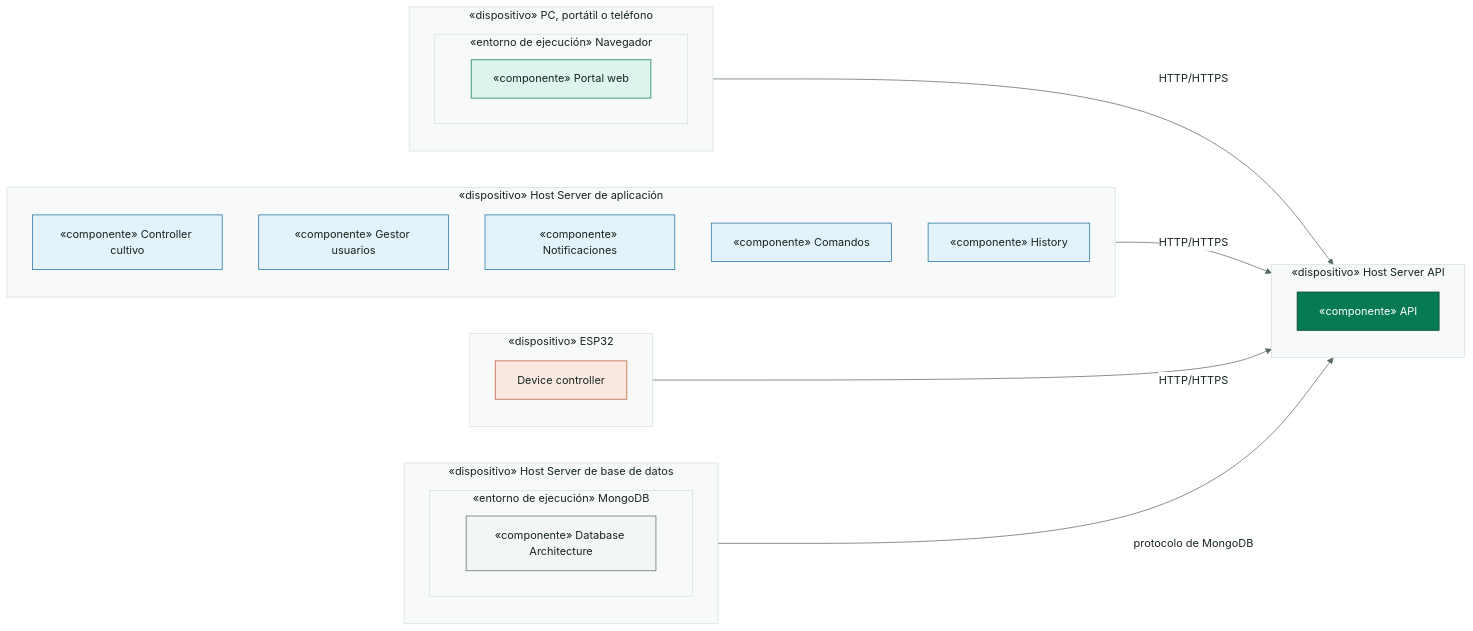
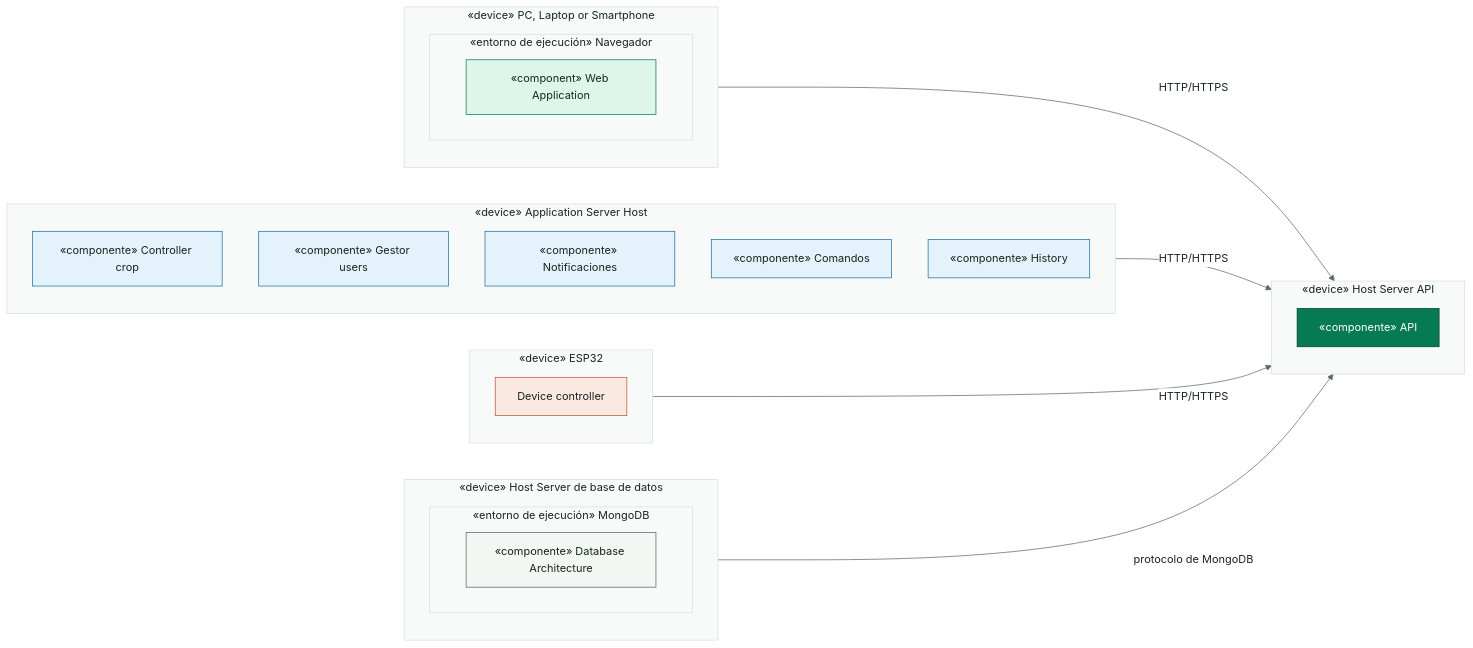
One commit to SmartPotTech/.github changed the diagram in docs/diagrams/SmartPot_42_Original_Artifacts.mmd. Above: the diagram before and after it, drawn with Mermaid. The commit also changed 78 other files, not shown here.

Commit message:
docs(architecture): update and standardize architecture diagrams via archify [skip deploy] #no-deploy

```diff
--- a/docs/diagrams/SmartPot_42_Original_Artifacts.mmd
+++ b/docs/diagrams/SmartPot_42_Original_Artifacts.mmd
@@ -1,42 +1,42 @@
 %%{init: {"theme": "base", "fontFamily": "Segoe UI, Arial, sans-serif", "themeVariables": {"fontFamily": "Segoe UI, Arial, sans-serif", "fontSize": "15px", "primaryColor": "#DDF5EA", "primaryTextColor": "#17261F", "primaryBorderColor": "#067A52", "secondaryColor": "#E3F2FB", "secondaryTextColor": "#17261F", "secondaryBorderColor": "#1F6FA0", "tertiaryColor": "#F2F7F4", "tertiaryTextColor": "#17261F", "tertiaryBorderColor": "#D5E3DC", "lineColor": "#5B6B63", "textColor": "#17261F", "mainBkg": "#DDF5EA", "nodeBorder": "#067A52", "clusterBkg": "#F7FAF8", "clusterBorder": "#D5E3DC", "edgeLabelBackground": "#FFFFFF", "actorBkg": "#067A52", "actorBorder": "#0B3D2B", "actorTextColor": "#FFFFFF", "actorLineColor": "#5B6B63", "signalColor": "#17261F", "signalTextColor": "#17261F", "labelBoxBkgColor": "#0B3D2B", "labelBoxBorderColor": "#0B3D2B", "labelTextColor": "#FFFFFF", "loopTextColor": "#0B3D2B", "noteBkgColor": "#FDF4DD", "noteBorderColor": "#C98D12", "noteTextColor": "#17261F", "activationBkgColor": "#DDF5EA", "activationBorderColor": "#067A52", "attributeBackgroundColorOdd": "#FFFFFF", "attributeBackgroundColorEven": "#F2F7F4"}}}%%
 flowchart LR
-  subgraph cliente["«dispositivo» PC, portátil o teléfono"]
+  subgraph cliente["«device» PC, Laptop or Smartphone"]
     subgraph navegador["«entorno de ejecución» Navegador"]
-      portal["«componente» Portal web"]
+      portal["«component» Web Application"]
     end
   end
-  subgraph aplicacion["«dispositivo» Host Server de aplicación"]
+  subgraph aplicacion["«device» Application Server Host"]
     direction TB
-    controller["«componente» Controller cultivo"]
-    gestor["«componente» Gestor usuarios"]
+    controller["«componente» Controller crop"]
+    gestor["«componente» Gestor users"]
     notificaciones["«componente» Notificaciones"]
     comandos["«componente» Comandos"]
     historial["«componente» History"]
   end
-  subgraph servidorApi["«dispositivo» Host Server API"]
+  subgraph servidorApi["«device» Host Server API"]
     api["«componente» API"]
   end
-  subgraph esp["«dispositivo» ESP32"]
+  subgraph esp["«device» ESP32"]
     device["Device controller"]
   end
-  subgraph datos["«dispositivo» Host Server de base de datos"]
+  subgraph datos["«device» Host Server de base de datos"]
     subgraph mongo["«entorno de ejecución» MongoDB"]
       bd["«componente» Database Architecture"]
     end
   end
   cliente -->|"HTTP/HTTPS"| servidorApi
   aplicacion -->|"HTTP/HTTPS"| servidorApi
   esp -->|"HTTP/HTTPS"| servidorApi
   datos -->|"protocolo de MongoDB"| servidorApi
   classDef leaf fill:#DDF5EA,stroke:#067A52,color:#17261F
   classDef water fill:#E3F2FB,stroke:#1F6FA0,color:#17261F
   classDef sun fill:#FDF4DD,stroke:#C98D12,color:#17261F
   classDef clay fill:#FBE9E1,stroke:#B85A38,color:#17261F
   classDef core fill:#067A52,stroke:#0B3D2B,color:#FFFFFF
   classDef deep fill:#0B3D2B,stroke:#06281C,color:#FFFFFF
   classDef muted fill:#F2F7F4,stroke:#5B6B63,color:#17261F
   class portal leaf
   class controller,gestor,notificaciones,comandos,historial water
   class api core
   class device clay
   class bd muted
```
